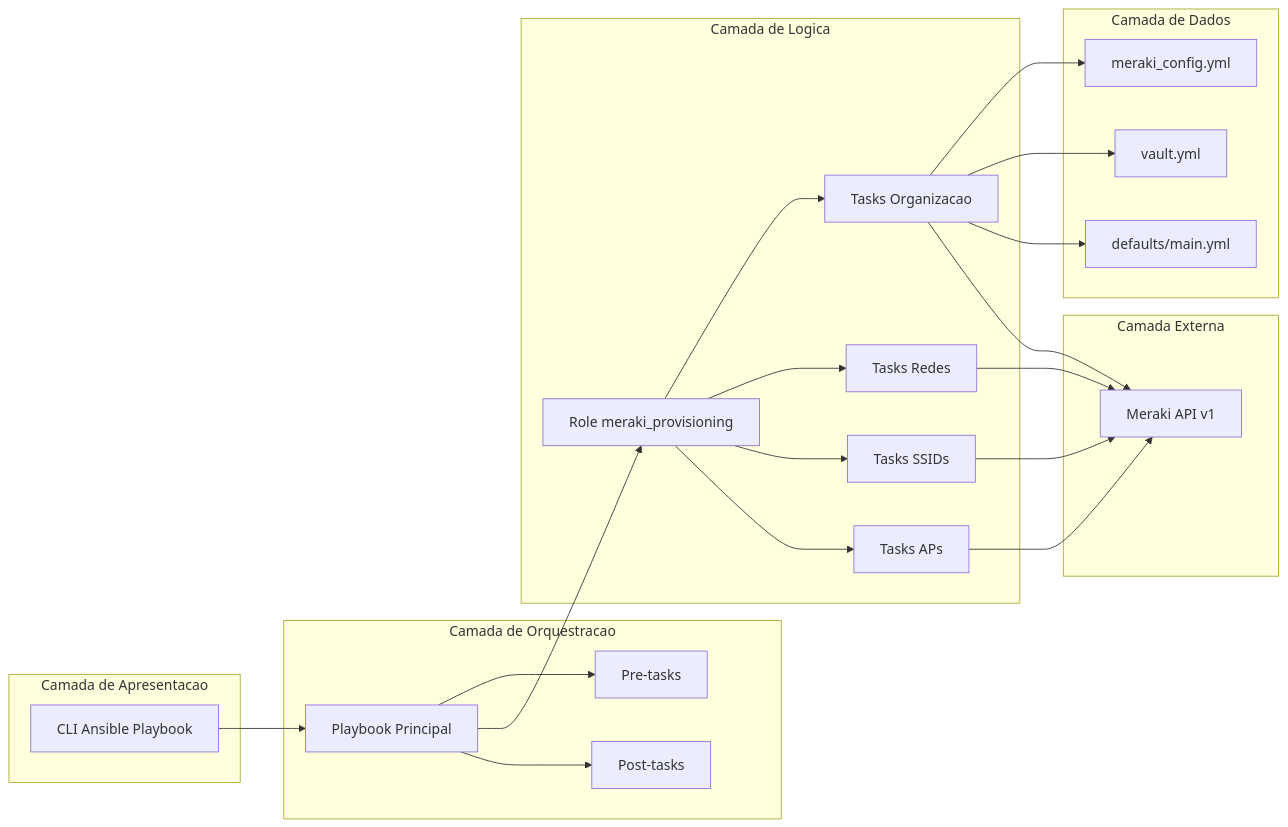
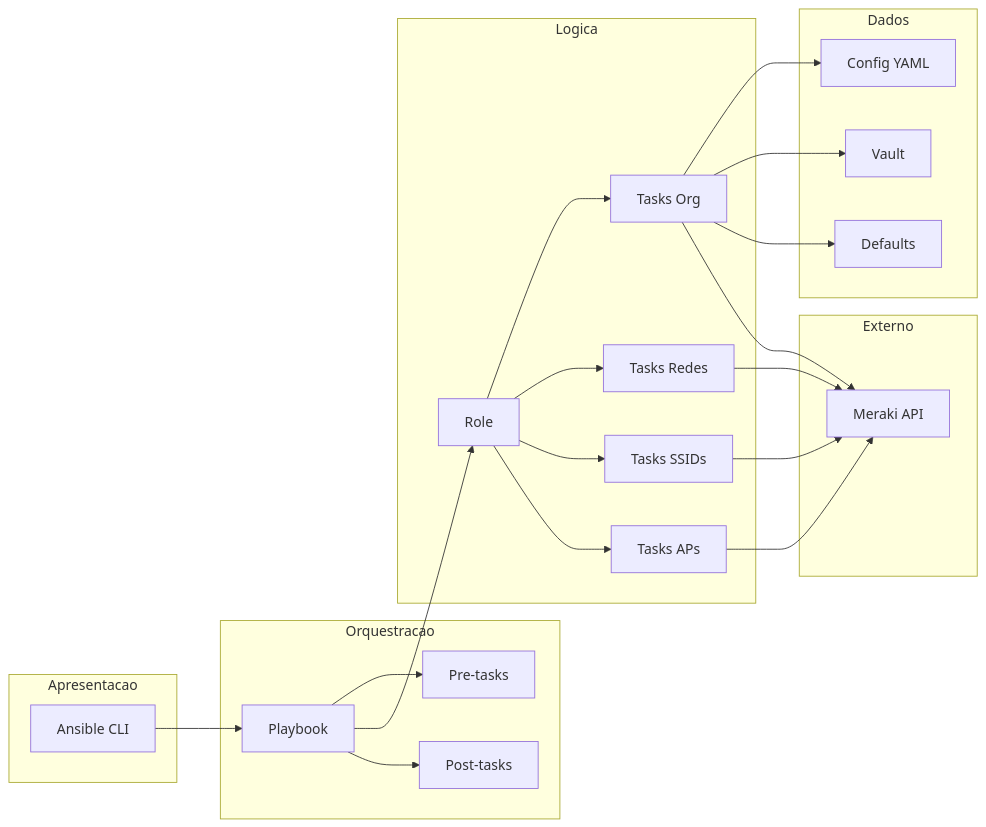
The second of 11 diagrams in docs/system-modeling.md (rodrigo-freitas-com/meraki-ansible), drawn with Mermaid before and after one commit. The commit also changed other lines of this file and 3 other files, not shown here.

````diff
--- a/docs/system-modeling.md
+++ b/docs/system-modeling.md
@@ -110,46 +119,46 @@
 ```mermaid
 graph LR
-    subgraph Presentation[Camada de Apresentacao]
-        A[CLI Ansible Playbook]
+    subgraph Apresentacao
+        CLI[Ansible CLI]
     end
 
-    subgraph Orchestration[Camada de Orquestracao]
-        B[Playbook Principal]
-        C[Pre-tasks]
-        D[Post-tasks]
+    subgraph Orquestracao
+        PB[Playbook]
+        PRE[Pre-tasks]
+        POST[Post-tasks]
     end
 
-    subgraph Logic[Camada de Logica]
-        E[Role meraki_provisioning]
-        F[Tasks Organizacao]
-        G[Tasks Redes]
-        H[Tasks SSIDs]
-        I[Tasks APs]
+    subgraph Logica
+        ROLE[Role]
+        T1[Tasks Org]
+        T2[Tasks Redes]
+        T3[Tasks SSIDs]
+        T4[Tasks APs]
     end
 
-    subgraph Data[Camada de Dados]
-        J[meraki_config.yml]
-        K[vault.yml]
-        L[defaults/main.yml]
+    subgraph Dados
+        CFG[Config YAML]
+        VLT[Vault]
+        DEF[Defaults]
     end
 
-    subgraph External[Camada Externa]
-        M[Meraki API v1]
+    subgraph Externo
+        API[Meraki API]
     end
 
-    A --> B
-    B --> C
-    B --> E
-    B --> D
-    E --> F
-    E --> G
-    E --> H
-    E --> I
-    F --> J
-    F --> K
-    F --> L
-    F --> M
-    G --> M
-    H --> M
-    I --> M
+    CLI --> PB
+    PB --> PRE
+    PB --> ROLE
+    PB --> POST
+    ROLE --> T1
+    ROLE --> T2
+    ROLE --> T3
+    ROLE --> T4
+    T1 --> CFG
+    T1 --> VLT
+    T1 --> DEF
+    T1 --> API
+    T2 --> API
+    T3 --> API
+    T4 --> API
 ```
````
